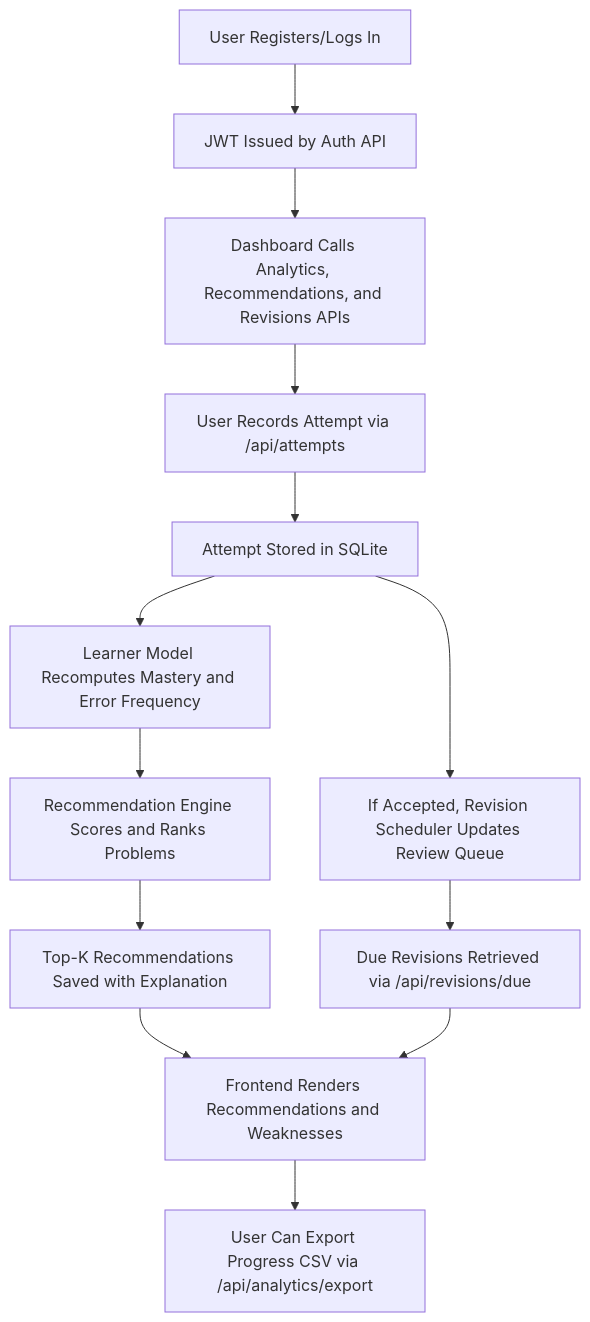
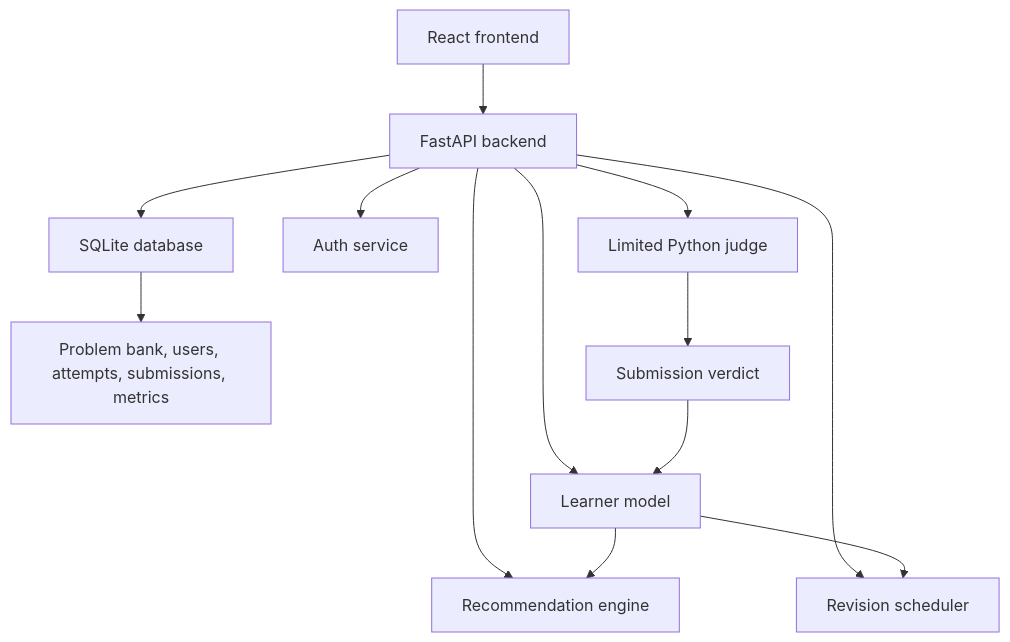
One commit to anshusinha26/Intelligent-Learning-Assistant-for-Coding-based-on-ITS changed the diagram in README.md. Above: the diagram before and after it, drawn with Mermaid. The commit also changed other lines of this file, not shown here.

````diff
--- a/README.md
+++ b/README.md
@@ -64,15 +59,15 @@
 ```mermaid
 flowchart TD
-  A["User Registers/Logs In"] --> B["JWT Issued by Auth API"]
-  B --> C["Dashboard Calls Analytics, Recommendations, and Revisions APIs"]
-  C --> D["User Records Attempt via /api/attempts"]
-  D --> E["Attempt Stored in SQLite"]
-  E --> F["Learner Model Recomputes Mastery and Error Frequency"]
-  F --> G["Recommendation Engine Scores and Ranks Problems"]
-  G --> H["Top-K Recommendations Saved with Explanation"]
-  H --> I["Frontend Renders Recommendations and Weaknesses"]
-  E --> J["If Accepted, Revision Scheduler Updates Review Queue"]
-  J --> K["Due Revisions Retrieved via /api/revisions/due"]
-  K --> I
-  I --> L["User Can Export Progress CSV via /api/analytics/export"]
+  A["React frontend"] --> B["FastAPI backend"]
+  B --> C["SQLite database"]
+  B --> D["Auth service"]
+  B --> E["Learner model"]
+  B --> F["Recommendation engine"]
+  B --> G["Revision scheduler"]
+  B --> H["Limited Python judge"]
+  C --> I["Problem bank, users, attempts, submissions, metrics"]
+  H --> J["Submission verdict"]
+  J --> E
+  E --> F
+  E --> G
 ```
````
